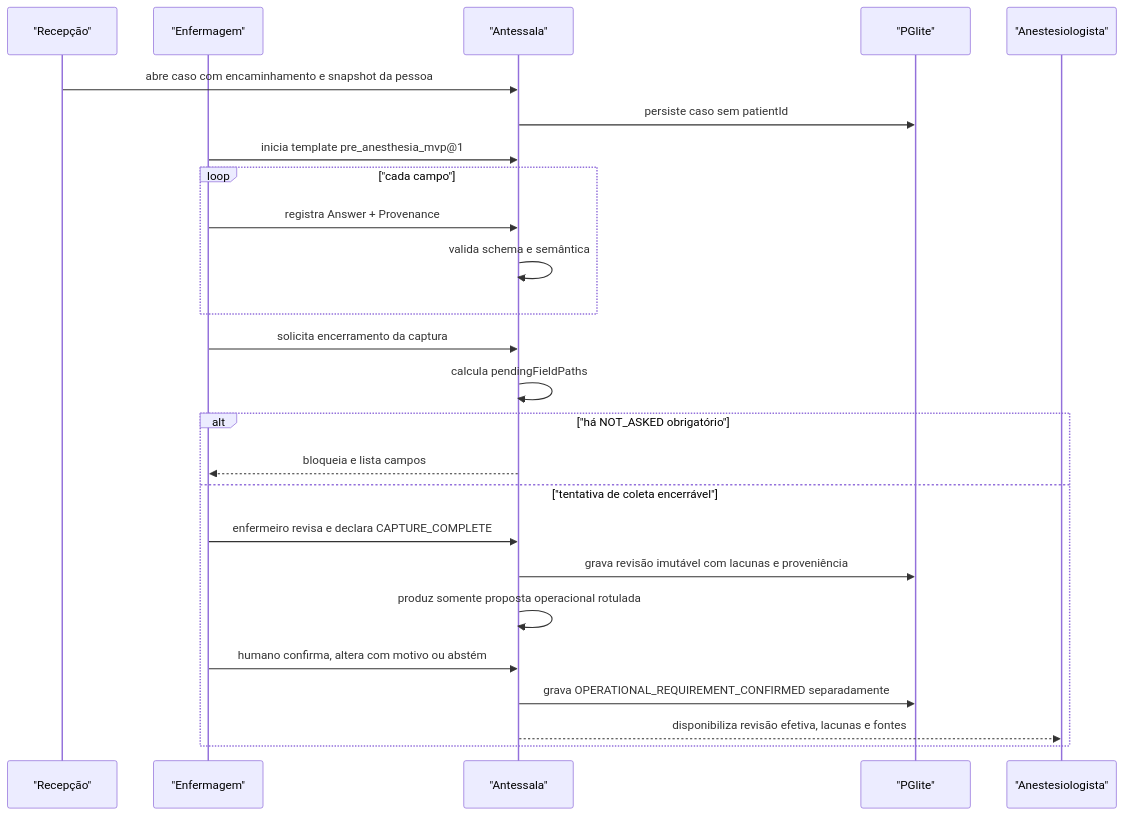
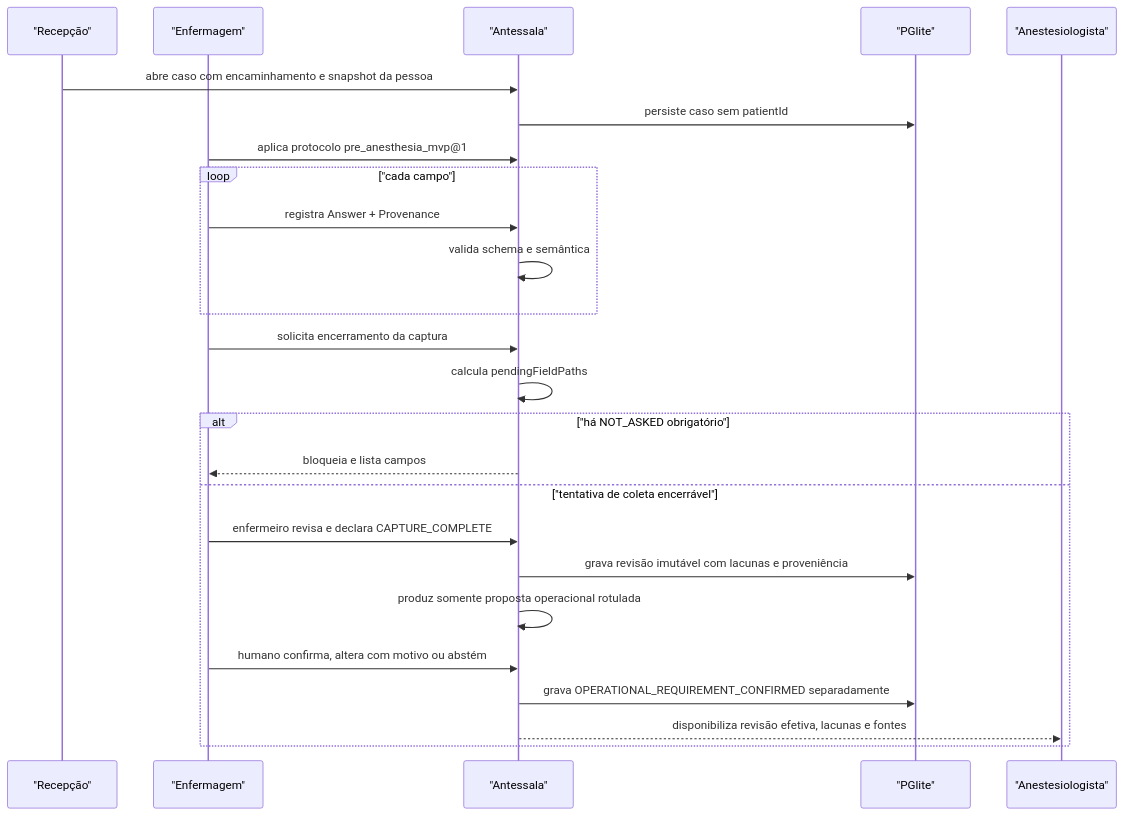
The diagram in hack/domains/ANALYST-anamnese-e-catalogos.md (nmarcofernandess/antessala), drawn with Mermaid before and after one commit. The commit also changed other lines of this file and 29 other files, not shown here.

````diff
--- a/hack/domains/ANALYST-anamnese-e-catalogos.md
+++ b/hack/domains/ANALYST-anamnese-e-catalogos.md
@@ -745,28 +804,28 @@
 ```mermaid
 sequenceDiagram
   participant R as "Recepção"
   participant N as "Enfermagem"
   participant A as "Antessala"
   participant DB as "PGlite"
   participant M as "Anestesiologista"
 
   R->>A: abre caso com encaminhamento e snapshot da pessoa
   A->>DB: persiste caso sem patientId
-  N->>A: inicia template pre_anesthesia_mvp@1
+  N->>A: aplica protocolo pre_anesthesia_mvp@1
   loop "cada campo"
     N->>A: registra Answer + Provenance
     A->>A: valida schema e semântica
   end
   N->>A: solicita encerramento da captura
   A->>A: calcula pendingFieldPaths
   alt "há NOT_ASKED obrigatório"
     A-->>N: bloqueia e lista campos
   else "tentativa de coleta encerrável"
     N->>A: enfermeiro revisa e declara CAPTURE_COMPLETE
     A->>DB: grava revisão imutável com lacunas e proveniência
     A->>A: produz somente proposta operacional rotulada
     N->>A: humano confirma, altera com motivo ou abstém
     A->>DB: grava OPERATIONAL_REQUIREMENT_CONFIRMED separadamente
     A-->>M: disponibiliza revisão efetiva, lacunas e fontes
   end
 ```
````
